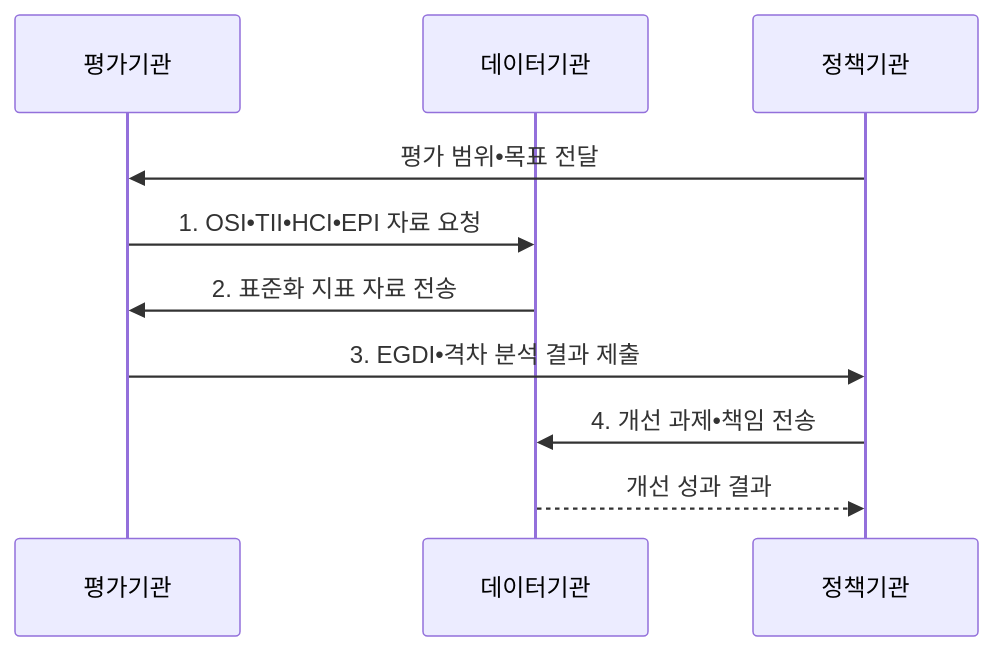
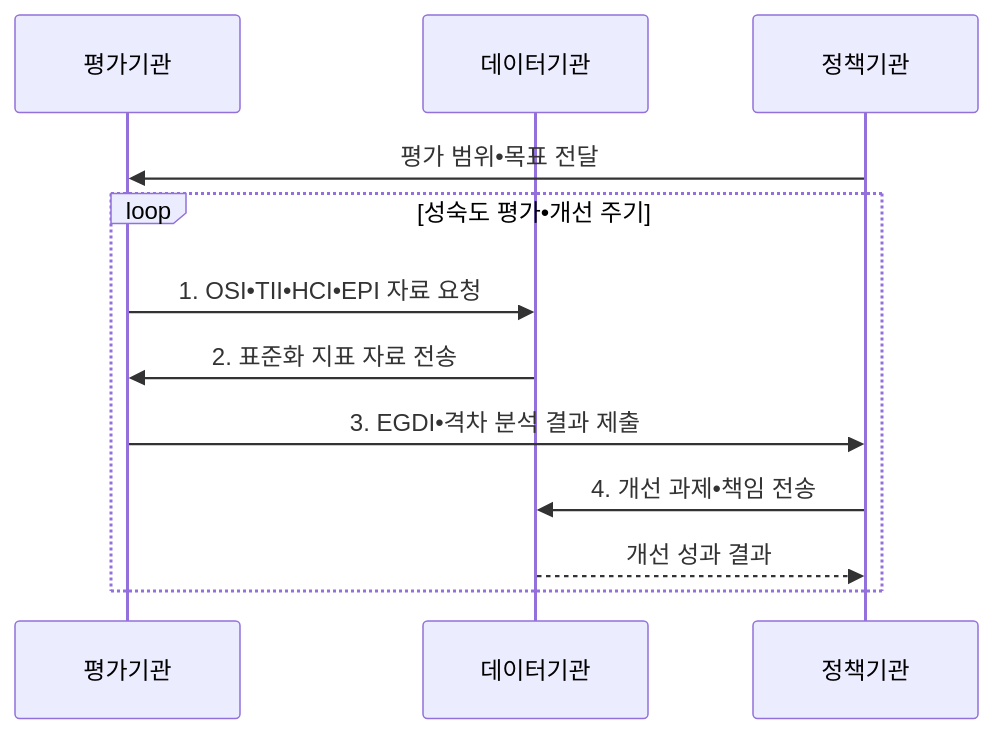
The second of 2 diagrams in src/content/docs/notes/07-law-policy/010_e_government_maturity.md (agnusdei1207/knowledge-base), drawn with Mermaid before and after one commit. The commit also changed other lines of this file and 18 other files, not shown here.

````diff
--- a/src/content/docs/notes/07-law-policy/010_e_government_maturity.md
+++ b/src/content/docs/notes/07-law-policy/010_e_government_maturity.md
@@ -101,12 +101,14 @@
 ```mermaid
 sequenceDiagram
     participant G as 평가기관
     participant D as 데이터기관
     participant P as 정책기관
     P->>G: 평가 범위•목표 전달
-    G->>D: 1. OSI•TII•HCI•EPI 자료 요청
-    D->>G: 2. 표준화 지표 자료 전송
-    G->>P: 3. EGDI•격차 분석 결과 제출
-    P->>D: 4. 개선 과제•책임 전송
-    D-->>P: 개선 성과 결과
+    loop 성숙도 평가•개선 주기
+        G->>D: 1. OSI•TII•HCI•EPI 자료 요청
+        D->>G: 2. 표준화 지표 자료 전송
+        G->>P: 3. EGDI•격차 분석 결과 제출
+        P->>D: 4. 개선 과제•책임 전송
+        D-->>P: 개선 성과 결과
+    end
 ```
````
